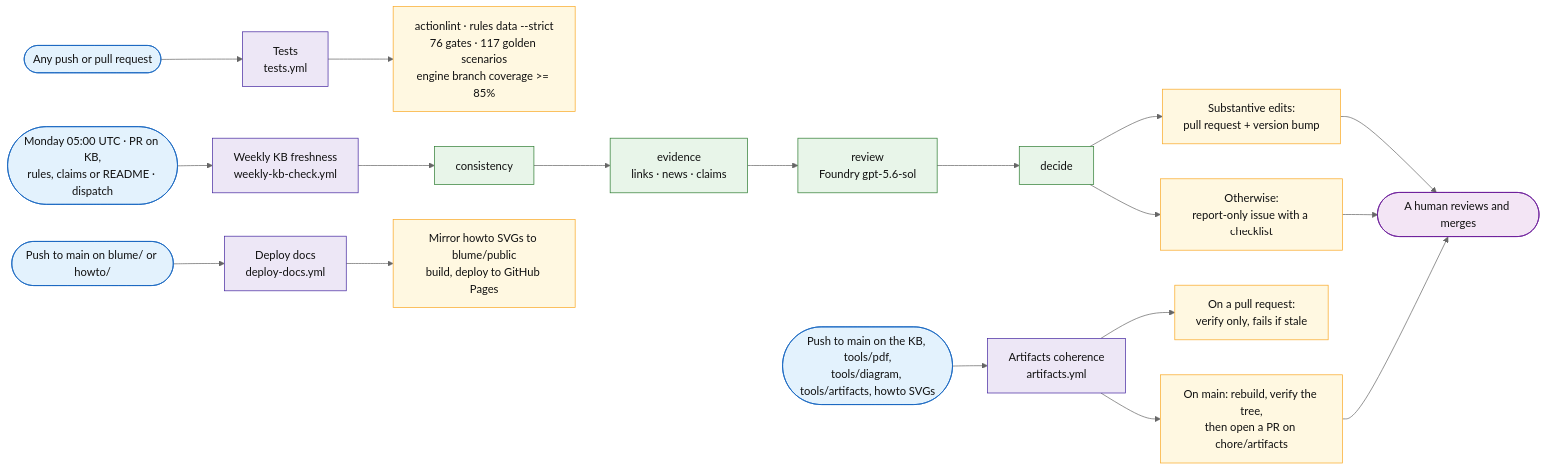
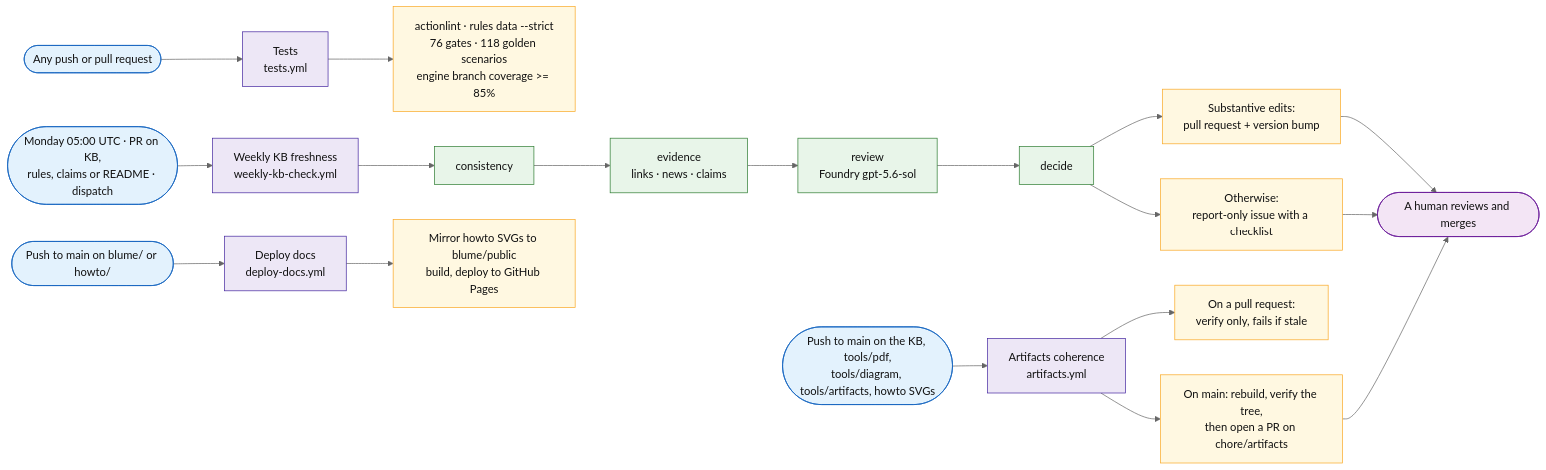
The sixth of 6 diagrams in docs/sql-migration-advisor-developer-pitch.md (fredgis/sql-migration-advisor), drawn with Mermaid (neutral theme) before and after one commit. The commit also changed 14 other files, not shown here.

````diff
--- a/docs/sql-migration-advisor-developer-pitch.md
+++ b/docs/sql-migration-advisor-developer-pitch.md
@@ -991,33 +991,33 @@
 ```mermaid
 flowchart LR
     G1([Any push or pull request]) --> W1[Tests<br/>tests.yml]
     G2([Monday 05:00 UTC · PR on KB,<br/>rules, claims or README · dispatch]) --> W2[Weekly KB freshness<br/>weekly-kb-check.yml]
     G3([Push to main on the KB, tools/pdf,<br/>tools/diagram, tools/artifacts, howto SVGs]) --> W3[Artifacts coherence<br/>artifacts.yml]
     G4([Push to main on blume/ or howto/]) --> W4[Deploy docs<br/>deploy-docs.yml]
 
-    W1 --> O1[actionlint · rules data --strict<br/>76 gates · 117 golden scenarios<br/>engine branch coverage >= 85%]
+    W1 --> O1[actionlint · rules data --strict<br/>76 gates · 118 golden scenarios<br/>engine branch coverage >= 85%]
 
     W2 --> C1[consistency] --> C2[evidence<br/>links · news · claims] --> C3[review<br/>Foundry gpt-5.6-sol] --> C4[decide]
     C4 --> O2a[Substantive edits:<br/>pull request + version bump]
     C4 --> O2b[Otherwise:<br/>report-only issue with a checklist]
 
     W3 --> O3a[On a pull request:<br/>verify only, fails if stale]
     W3 --> O3b[On main: rebuild, verify the tree,<br/>then open a PR on chore/artifacts]
 
     W4 --> O4[Mirror howto SVGs to blume/public<br/>build, deploy to GitHub Pages]
 
     O2a --> H([A human reviews and merges])
     O2b --> H
     O3b --> H
 
     classDef trig fill:#e3f2fd,stroke:#1565c0,color:#111
     classDef flow fill:#ede7f6,stroke:#4527a0,color:#111
     classDef step fill:#e8f5e9,stroke:#2e7d32,color:#111
     classDef out fill:#fff8e1,stroke:#f9a825,color:#111
     classDef human fill:#f3e5f5,stroke:#6a1b9a,color:#111
     class G1,G2,G3,G4 trig
     class W1,W2,W3,W4 flow
     class C1,C2,C3,C4 step
     class O1,O2a,O2b,O3a,O3b,O4 out
     class H human
 ```
````
